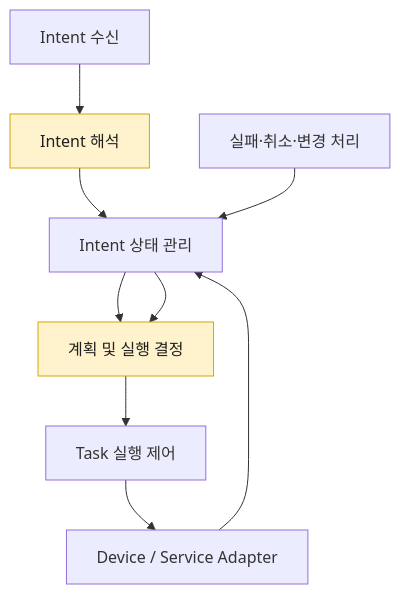
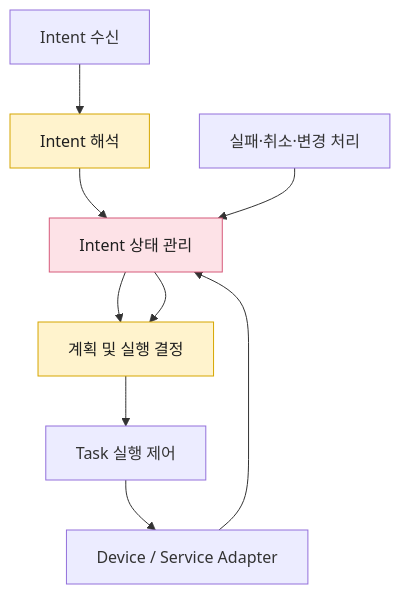
Before and after one commit to Sunwoo-Nam/architect-teamproject: the first of 4 diagrams in docs/DP 후보안/DP11-Intent 실행 흐름의 상태 모델링 및 변경·복구 범위 관리 방식.md, drawn with Mermaid. The commit also changed other lines of this file and 1 other file, not shown here.

````diff
--- a/docs/DP 후보안/DP11-Intent 실행 흐름의 상태 모델링 및 변경·복구 범위 관리 방식.md
+++ b/docs/DP 후보안/DP11-Intent 실행 흐름의 상태 모델링 및 변경·복구 범위 관리 방식.md
@@ -43,16 +39,18 @@
 ```mermaid
 flowchart TB
     classDef llm fill:#fff3cd,stroke:#d6a600,color:#1f1f1f
+    classDef state fill:#fde2e7,stroke:#d65a7a,color:#1f1f1f
 
     A["Intent 수신"] --> B["Intent 해석"]
     B --> C["Intent 상태 관리"]
     C --> D["계획 및 실행 결정"]
     D --> E["Task 실행 제어"]
     E --> F["Device / Service Adapter"]
     F --> C
 
     G["실패·취소·변경 처리"] --> C
     C --> D
 
     class B,D llm
+    class C state
 ```
````
